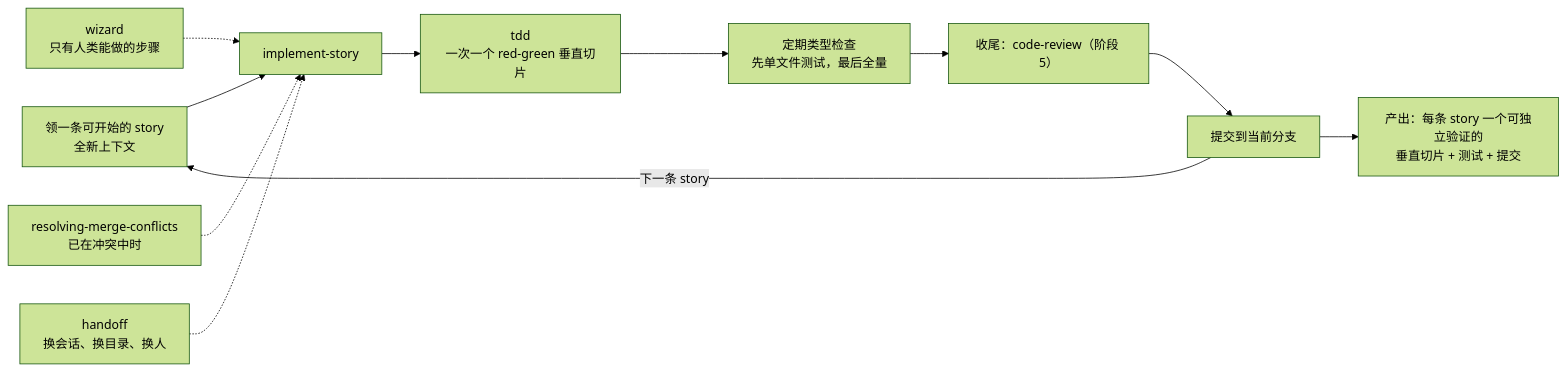
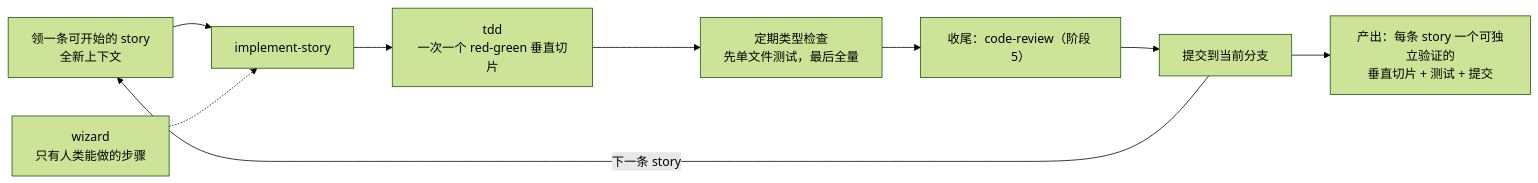
One commit to m430/skills changed the sixth of 8 diagrams in README.md. Above: the diagram before and after it, drawn with Mermaid (forest theme). The commit also changed other lines of this file and 41 other files, not shown here.

````diff
--- a/README.md
+++ b/README.md
@@ -153,13 +152,11 @@
 ```mermaid
 flowchart LR
     T["领一条可开始的 story<br/>全新上下文"] --> IM["implement-story"]
     IM --> TD["tdd<br/>一次一个 red-green 垂直切片"]
     TD --> CK["定期类型检查<br/>先单文件测试，最后全量"]
     CK --> CR["收尾：code-review（阶段 5）"]
     CR --> CM["提交到当前分支"]
     CM -->|下一条 story| T
     WZ["wizard<br/>只有人类能做的步骤"] -.-> IM
-    RC["resolving-merge-conflicts<br/>已在冲突中时"] -.-> IM
-    HD["handoff<br/>换会话、换目录、换人"] -.-> IM
     CM --> O["产出：每条 story 一个可独立验证的<br/>垂直切片 + 测试 + 提交"]
 ```
````
